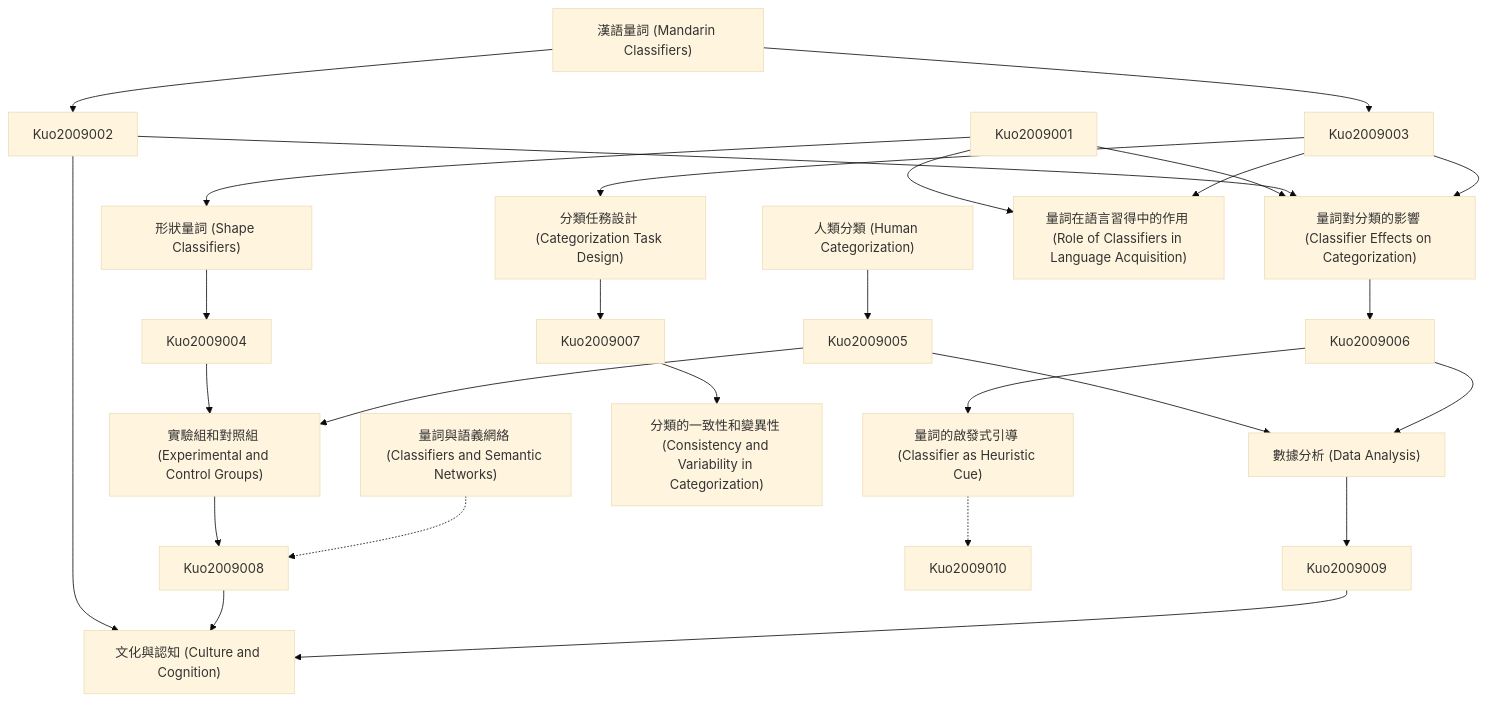
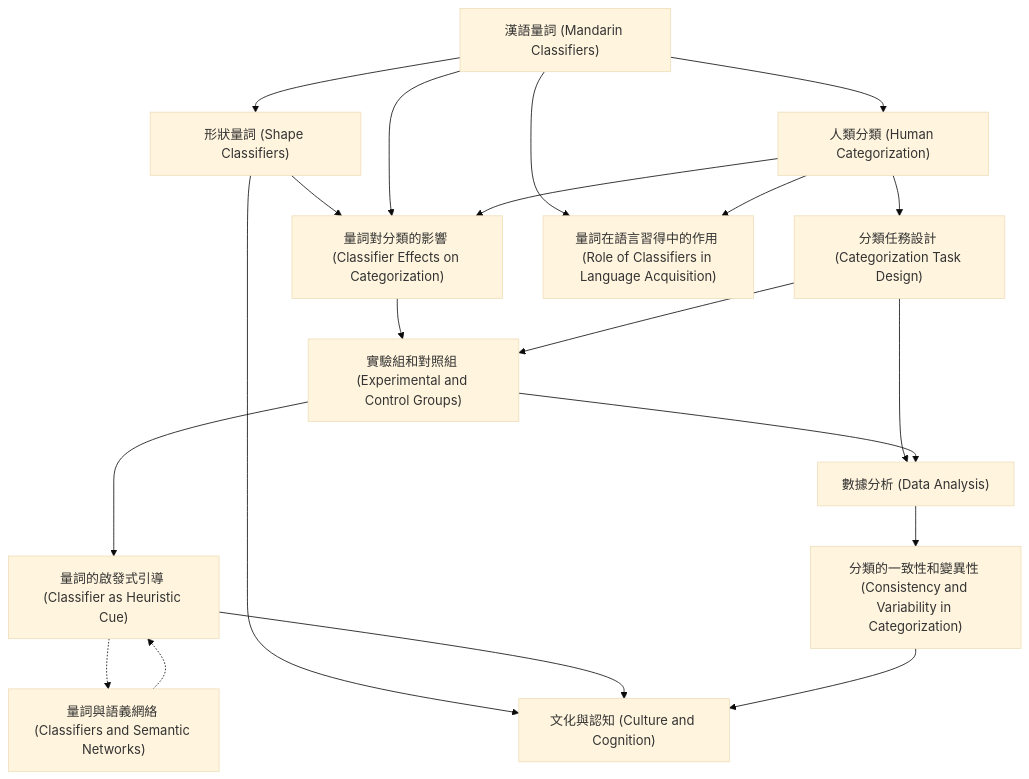
The diagram in output/zettelkasten_notes/zettel_Kuo-2009_20251104/zettel_index.md (SCgeeker/Claude_Journal_Club_Agents), drawn with Mermaid (base theme) before and after one commit. The commit also changed 776 other files, not shown here.

````diff
--- a/output/zettelkasten_notes/zettel_Kuo-2009_20251104/zettel_index.md
+++ b/output/zettelkasten_notes/zettel_Kuo-2009_20251104/zettel_index.md
@@ -92,80 +92,73 @@
 ```mermaid
 graph TD
 
     Kuo-2009-001["漢語量詞 (Mandarin Classifiers)"]
 
     Kuo-2009-002["形狀量詞 (Shape Classifiers)"]
 
     Kuo-2009-003["人類分類 (Human Categorization)"]
 
     Kuo-2009-004["量詞對分類的影響 (Classifier Effects on Categorization)"]
 
     Kuo-2009-005["分類任務設計 (Categorization Task Design)"]
 
     Kuo-2009-006["實驗組和對照組 (Experimental and Control Groups)"]
 
     Kuo-2009-007["數據分析 (Data Analysis)"]
 
     Kuo-2009-008["量詞的啟發式引導 (Classifier as Heuristic Cue)"]
 
     Kuo-2009-009["分類的一致性和變異性 (Consistency and Variability in Categorization)"]
 
     Kuo-2009-010["量詞與語義網絡 (Classifiers and Semantic Networks)"]
 
     Kuo-2009-011["文化與認知 (Culture and Cognition)"]
 
     Kuo-2009-012["量詞在語言習得中的作用 (Role of Classifiers in Language Acquisition)"]
 
-    Kuo-2009-001 --> Kuo2009002
+    Kuo-2009-001 --> Kuo-2009-002
 
-    Kuo-2009-001 --> Kuo2009003
+    Kuo-2009-001 --> Kuo-2009-003
 
-    Kuo2009001 --> Kuo-2009-002
 
-    Kuo-2009-002 --> Kuo2009004
+    Kuo-2009-002 --> Kuo-2009-004
 
-    Kuo-2009-003 --> Kuo2009005
+    Kuo-2009-003 --> Kuo-2009-005
 
-    Kuo2009001 --> Kuo-2009-004
+    Kuo-2009-001 --> Kuo-2009-004
 
-    Kuo2009002 --> Kuo-2009-004
 
-    Kuo2009003 --> Kuo-2009-004
+    Kuo-2009-003 --> Kuo-2009-004
 
-    Kuo-2009-004 --> Kuo2009006
+    Kuo-2009-004 --> Kuo-2009-006
 
-    Kuo2009003 --> Kuo-2009-005
 
-    Kuo-2009-005 --> Kuo2009007
+    Kuo-2009-005 --> Kuo-2009-007
 
-    Kuo2009004 --> Kuo-2009-006
 
-    Kuo2009005 --> Kuo-2009-006
+    Kuo-2009-005 --> Kuo-2009-006
 
-    Kuo-2009-006 --> Kuo2009008
+    Kuo-2009-006 --> Kuo-2009-008
 
-    Kuo2009005 --> Kuo-2009-007
 
-    Kuo2009006 --> Kuo-2009-007
+    Kuo-2009-006 --> Kuo-2009-007
 
-    Kuo-2009-007 --> Kuo2009009
+    Kuo-2009-007 --> Kuo-2009-009
 
-    Kuo2009006 --> Kuo-2009-008
 
-    Kuo-2009-008 -.-> Kuo2009010
+    Kuo-2009-008 -.-> Kuo-2009-010
 
-    Kuo2009007 --> Kuo-2009-009
 
-    Kuo-2009-010 -.-> Kuo2009008
+    Kuo-2009-010 -.-> Kuo-2009-008
 
-    Kuo2009002 --> Kuo-2009-011
+    Kuo-2009-002 --> Kuo-2009-011
 
-    Kuo2009008 --> Kuo-2009-011
+    Kuo-2009-008 --> Kuo-2009-011
 
-    Kuo2009009 --> Kuo-2009-011
+    Kuo-2009-009 --> Kuo-2009-011
 
-    Kuo2009001 --> Kuo-2009-012
+    Kuo-2009-001 --> Kuo-2009-012
 
-    Kuo2009003 --> Kuo-2009-012
+    Kuo-2009-003 --> Kuo-2009-012
 
 ```
````
